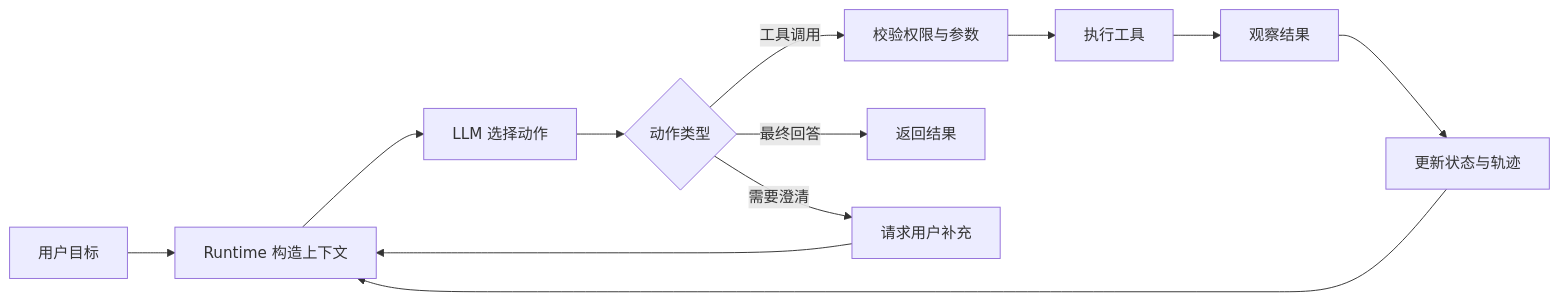
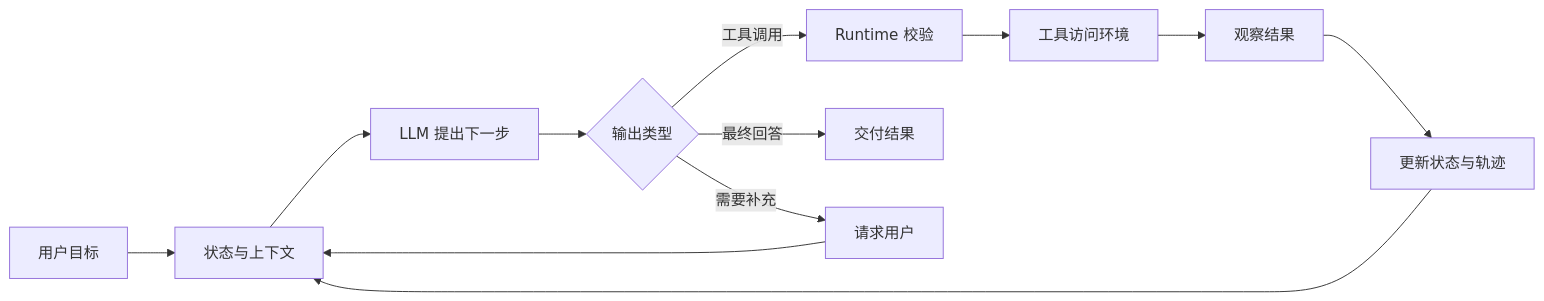
Before and after one commit to Doge2077/liyyro: the first of 3 diagrams in docs/AI/Agent Engineering/Agent基础/基础概念.md, drawn with Mermaid. The commit also changed other lines of this file, not shown here.

````diff
--- a/docs/AI/Agent Engineering/Agent基础/基础概念.md
+++ b/docs/AI/Agent Engineering/Agent基础/基础概念.md
@@ -144,14 +130,14 @@
 ```mermaid
 flowchart LR
-  U[用户目标] --> R[Runtime 构造上下文]
-  R --> M[LLM 选择动作]
-  M --> D{动作类型}
-  D -->|工具调用| V[校验权限与参数]
-  V --> T[执行工具]
-  T --> O[观察结果]
-  O --> S[更新状态与轨迹]
-  S --> R
-  D -->|最终回答| F[返回结果]
-  D -->|需要澄清| Q[请求用户补充]
-  Q --> R
+  A[用户目标] --> B[状态与上下文]
+  B --> C[LLM 提出下一步]
+  C --> D{输出类型}
+  D -->|工具调用| E[Runtime 校验]
+  E --> F[工具访问环境]
+  F --> G[观察结果]
+  G --> H[更新状态与轨迹]
+  H --> B
+  D -->|最终回答| I[交付结果]
+  D -->|需要补充| J[请求用户]
+  J --> B
 ```
````
